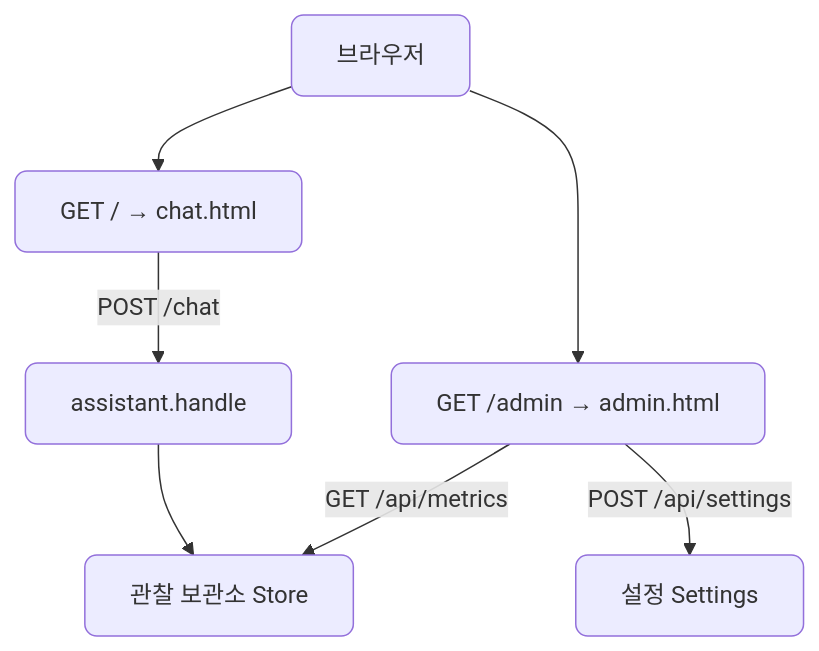
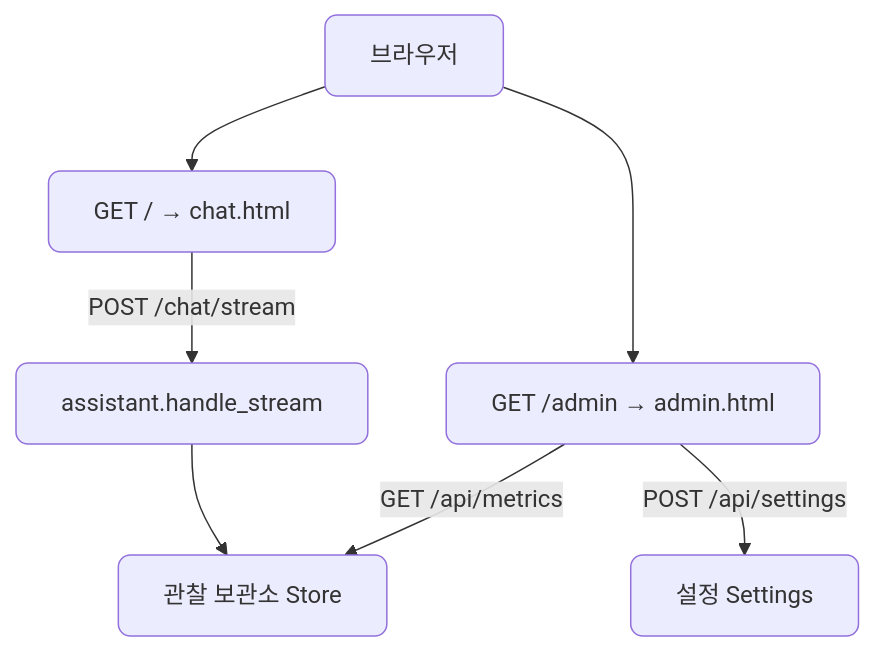
The fifth of 6 diagrams in docs/section5/lec02/README.md (CodeCompose7/ai_service_engineering), drawn with Mermaid before and after one commit. The commit also changed other lines of this file and 5 other files, not shown here.

````diff
--- a/docs/section5/lec02/README.md
+++ b/docs/section5/lec02/README.md
@@ -58,10 +78,10 @@
 ```mermaid
 flowchart TB
   B["브라우저"] --> C["GET / → chat.html"]
   B --> AD["GET /admin → admin.html"]
-  C -->|"POST /chat"| H["assistant.handle"]
+  C -->|"POST /chat/stream"| H["assistant.handle_stream"]
   AD -->|"GET /api/metrics"| ST["관찰 보관소 Store"]
   AD -->|"POST /api/settings"| SET["설정 Settings"]
   H --> ST
   classDef default rx:8,ry:8;
 ```
````
